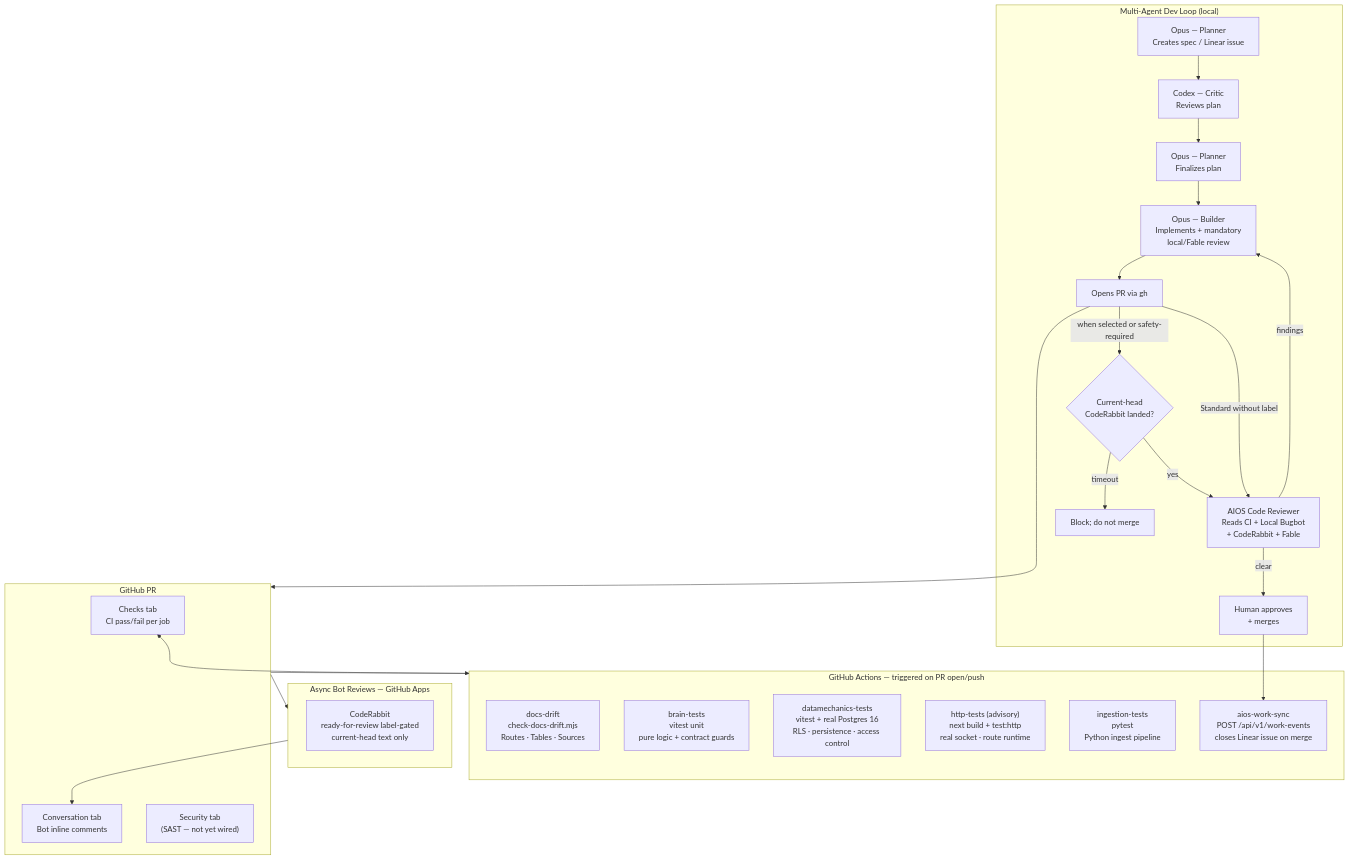
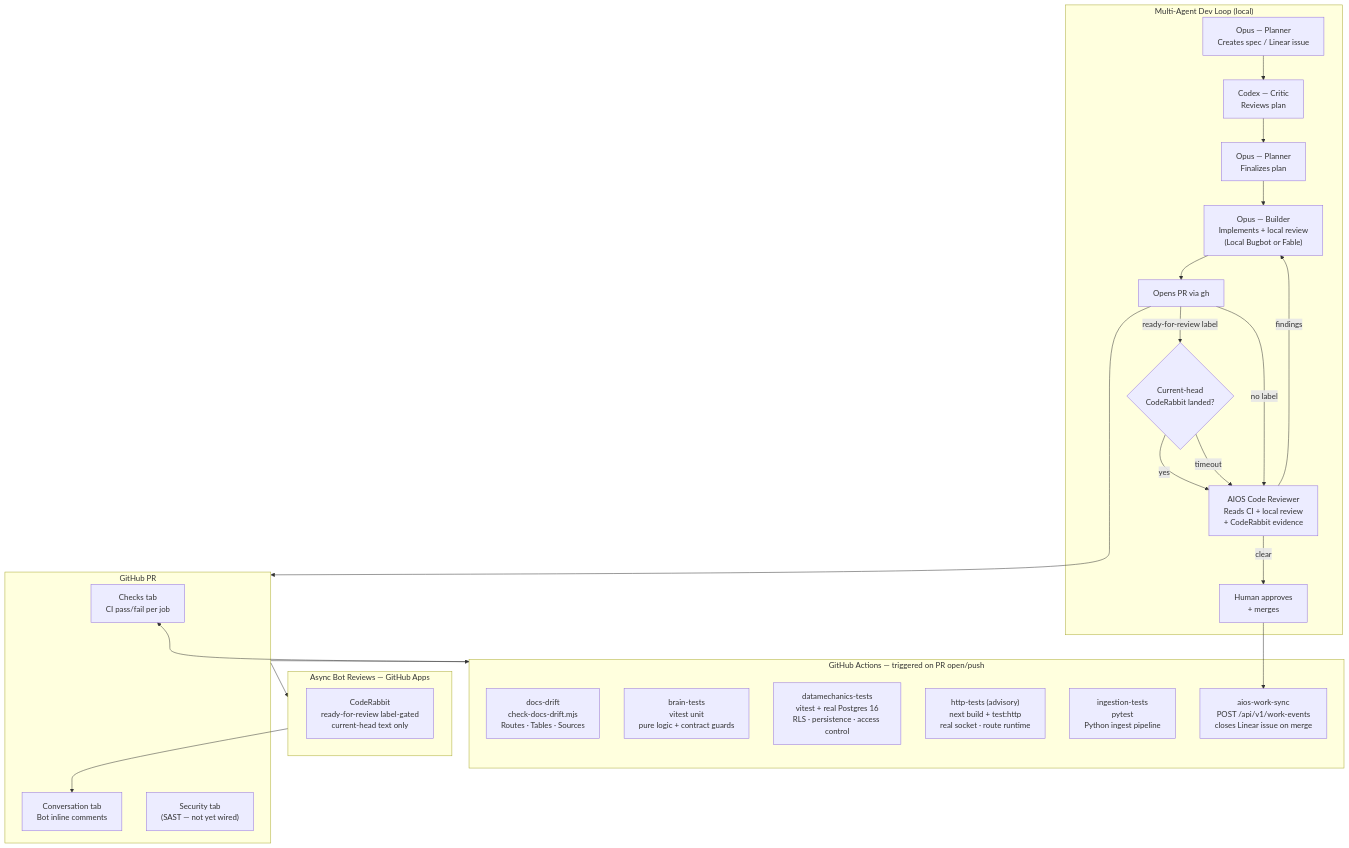
The diagram in docs/CI-ARCHITECTURE.md (aiosbrain/aios-team-brain), drawn with Mermaid before and after one commit. The commit also changed other lines of this file and 7 other files, not shown here.

First line of the commit message:
fix(review-policy): working label gate + flexible per-person local review

````diff
--- a/docs/CI-ARCHITECTURE.md
+++ b/docs/CI-ARCHITECTURE.md
@@ -11,41 +11,41 @@
 ```mermaid
 flowchart TD
     subgraph AgentLoop["Multi-Agent Dev Loop (local)"]
         A1[Opus — Planner\nCreates spec / Linear issue] --> A2[Codex — Critic\nReviews plan]
         A2 --> A3[Opus — Planner\nFinalizes plan]
-        A3 --> A4[Opus — Builder\nImplements + mandatory\nlocal/Fable review]
+        A3 --> A4["Opus — Builder\nImplements + local review\n(Local Bugbot or Fable)"]
         A4 --> A4P[Opens PR via gh]
-        A4P -->|when selected or safety-required| A4W{Current-head\nCodeRabbit landed?}
-        A4W -->|yes| A5[AIOS Code Reviewer\nReads CI + Local Bugbot\n+ CodeRabbit + Fable]
-        A4W -->|timeout| BLOCK[Block; do not merge]
-        A4P -->|Standard without label| A5
+        A4P -->|ready-for-review label| A4W{Current-head\nCodeRabbit landed?}
+        A4W -->|yes| A5["AIOS Code Reviewer\nReads CI + local review\n+ CodeRabbit evidence"]
+        A4W -->|timeout| A5
+        A4P -->|no label| A5
         A5 -->|findings| A4
         A5 -->|clear| MERGE[Human approves\n+ merges]
     end
 
     subgraph GitHubActions["GitHub Actions — triggered on PR open/push"]
         B1["docs-drift\ncheck-docs-drift.mjs\nRoutes · Tables · Sources"]
         B2["brain-tests\nvitest unit\npure logic + contract guards"]
         B3["datamechanics-tests\nvitest + real Postgres 16\nRLS · persistence · access control"]
         B4["http-tests (advisory)\nnext build + test:http\nreal socket · route runtime"]
         B5["ingestion-tests\npytest\nPython ingest pipeline"]
         B6["aios-work-sync\nPOST /api/v1/work-events\ncloses Linear issue on merge"]
     end
 
     subgraph BotReviews["Async Bot Reviews — GitHub Apps"]
         C1["CodeRabbit\nready-for-review label-gated\ncurrent-head text only"]
     end
 
     subgraph GitHubPR["GitHub PR"]
         D1["Checks tab\nCI pass/fail per job"]
         D2["Conversation tab\nBot inline comments"]
         D3["Security tab\n(SAST — not yet wired)"]
     end
 
     A4P --> GitHubPR
     GitHubPR --> GitHubActions
     GitHubPR --> BotReviews
     GitHubActions --> D1
     BotReviews --> D2
     MERGE --> B6
 ```
````
